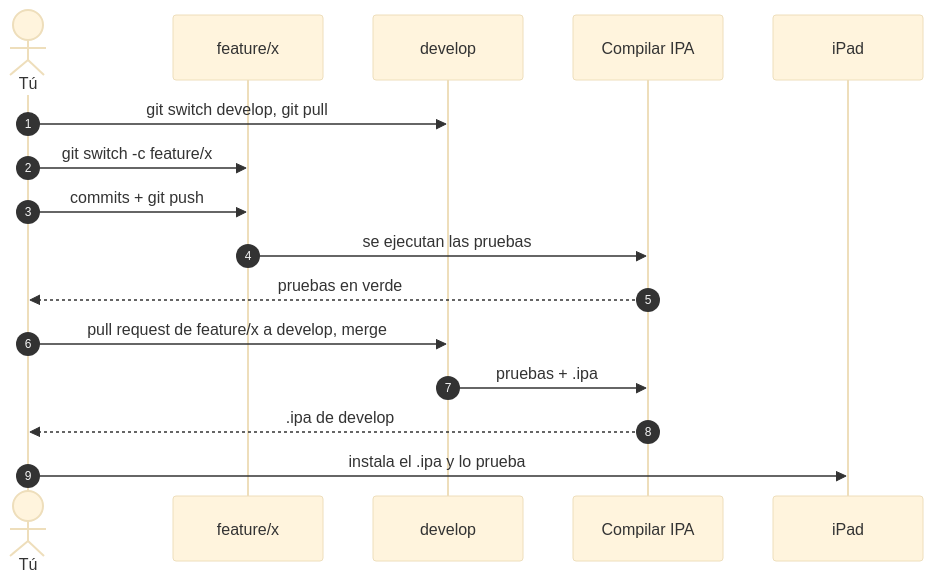
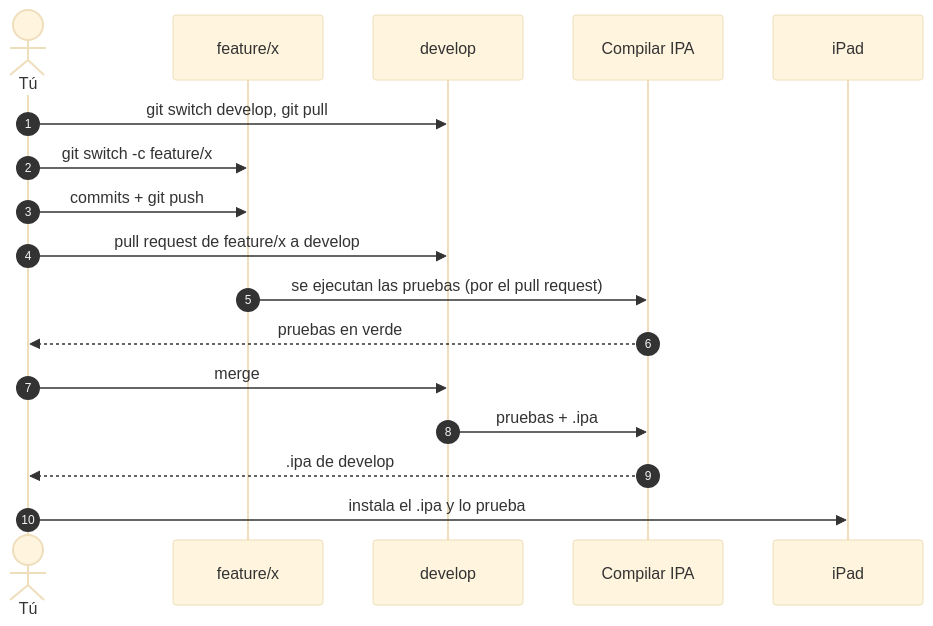
Before and after one commit to jhonjairo6230/DrawPad: the second of 2 diagrams in docs/flujo-de-trabajo.md, drawn with Mermaid (base theme). The commit also changed 12 other files, not shown here.

````diff
--- a/docs/flujo-de-trabajo.md
+++ b/docs/flujo-de-trabajo.md
@@ -65,19 +65,20 @@
 ```mermaid
 sequenceDiagram
     autonumber
     actor Dev as Tú
     participant F as feature/x
     participant D as develop
     participant CI as Compilar IPA
     participant iPad
 
     Dev->>D: git switch develop, git pull
     Dev->>F: git switch -c feature/x
     Dev->>F: commits + git push
-    F->>CI: se ejecutan las pruebas
+    Dev->>D: pull request de feature/x a develop
+    F->>CI: se ejecutan las pruebas (por el pull request)
     CI-->>Dev: pruebas en verde
-    Dev->>D: pull request de feature/x a develop, merge
+    Dev->>D: merge
     D->>CI: pruebas + .ipa
     CI-->>Dev: .ipa de develop
     Dev->>iPad: instala el .ipa y lo prueba
 ```
````
